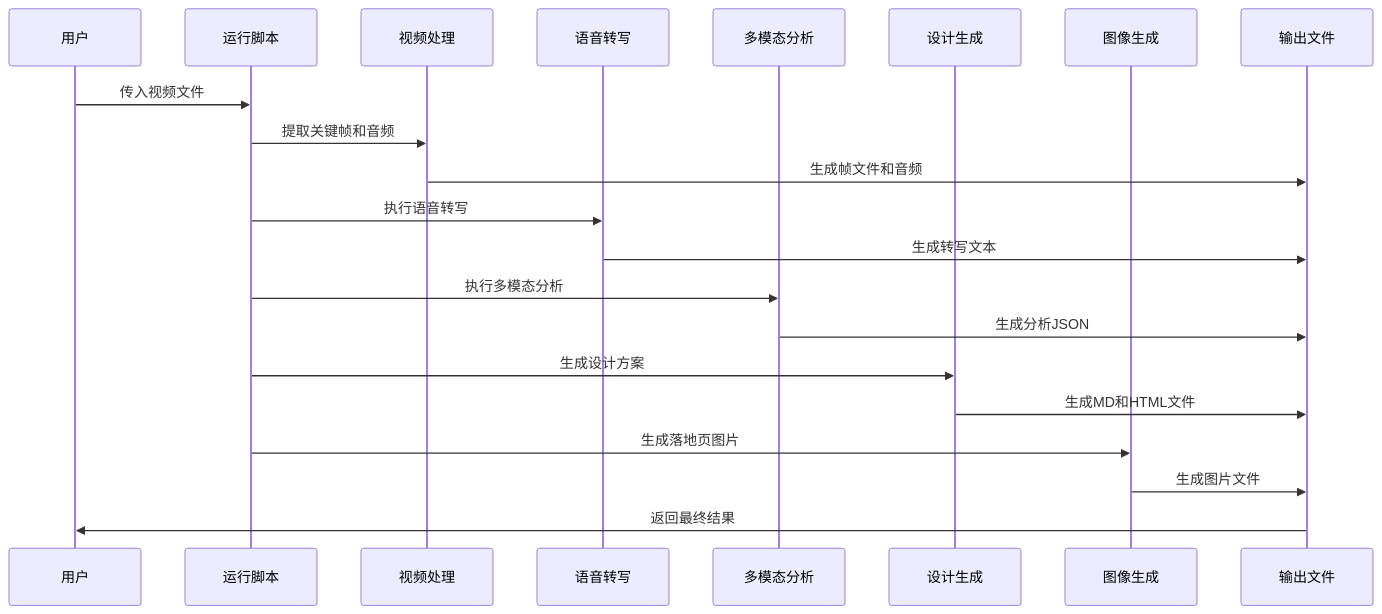
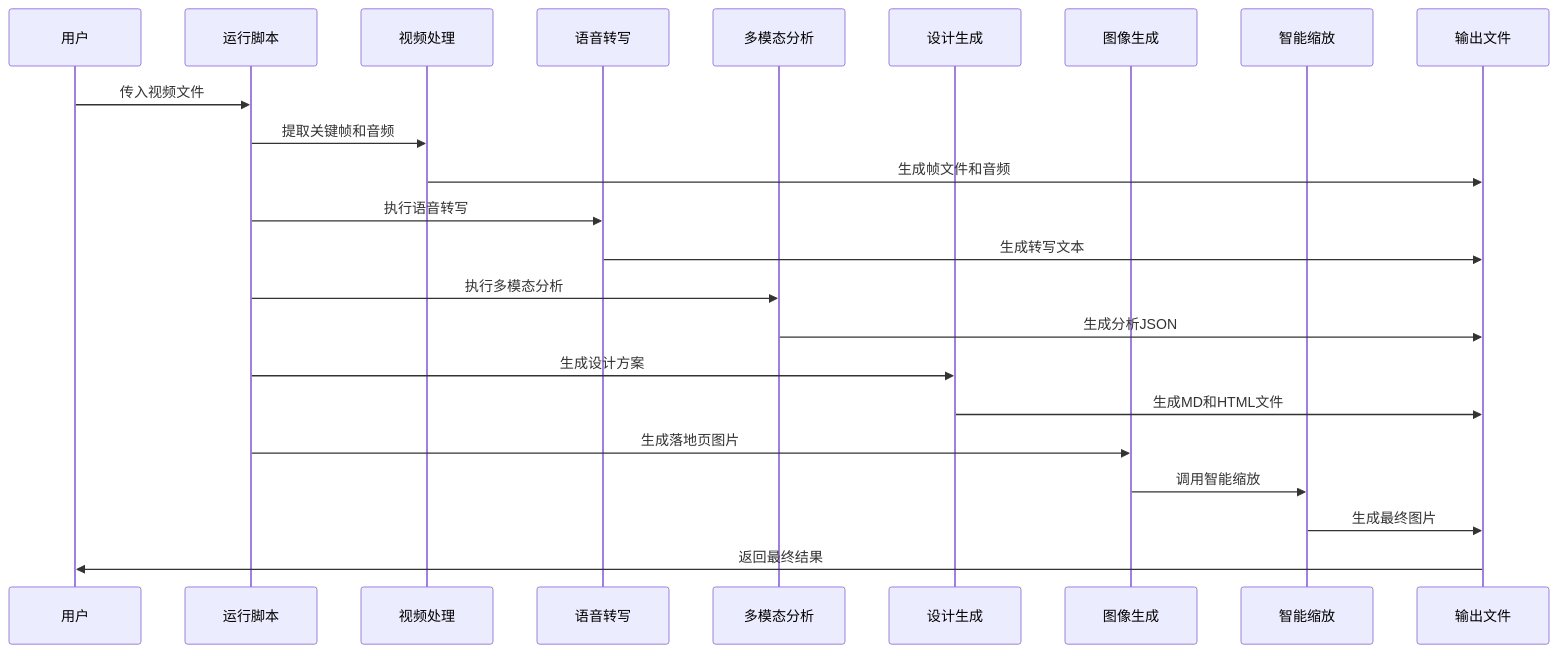
One commit to WongMingJiu/landingpage-test-hero-page changed the second of 9 diagrams in .qoder/repowiki/zh/content/开发者指南.md. Above: the diagram before and after it, drawn with Mermaid. The commit also changed other lines of this file and 12 other files, not shown here.

````diff
--- a/.qoder/repowiki/zh/content/开发者指南.md
+++ b/.qoder/repowiki/zh/content/开发者指南.md
@@ -132,23 +138,25 @@
 ```mermaid
 sequenceDiagram
 participant User as 用户
 participant Runner as 运行脚本
 participant VideoProc as 视频处理
 participant Transcriber as 语音转写
 participant Analyzer as 多模态分析
 participant Generator as 设计生成
 participant ImageGen as 图像生成
+participant Resizer as 智能缩放
 participant Output as 输出文件
 User->>Runner : 传入视频文件
 Runner->>VideoProc : 提取关键帧和音频
 VideoProc->>Output : 生成帧文件和音频
 Runner->>Transcriber : 执行语音转写
 Transcriber->>Output : 生成转写文本
 Runner->>Analyzer : 执行多模态分析
 Analyzer->>Output : 生成分析JSON
 Runner->>Generator : 生成设计方案
 Generator->>Output : 生成MD和HTML文件
 Runner->>ImageGen : 生成落地页图片
-ImageGen->>Output : 生成图片文件
+ImageGen->>Resizer : 调用智能缩放
+Resizer->>Output : 生成最终图片
 Output->>User : 返回最终结果
 ```
````
